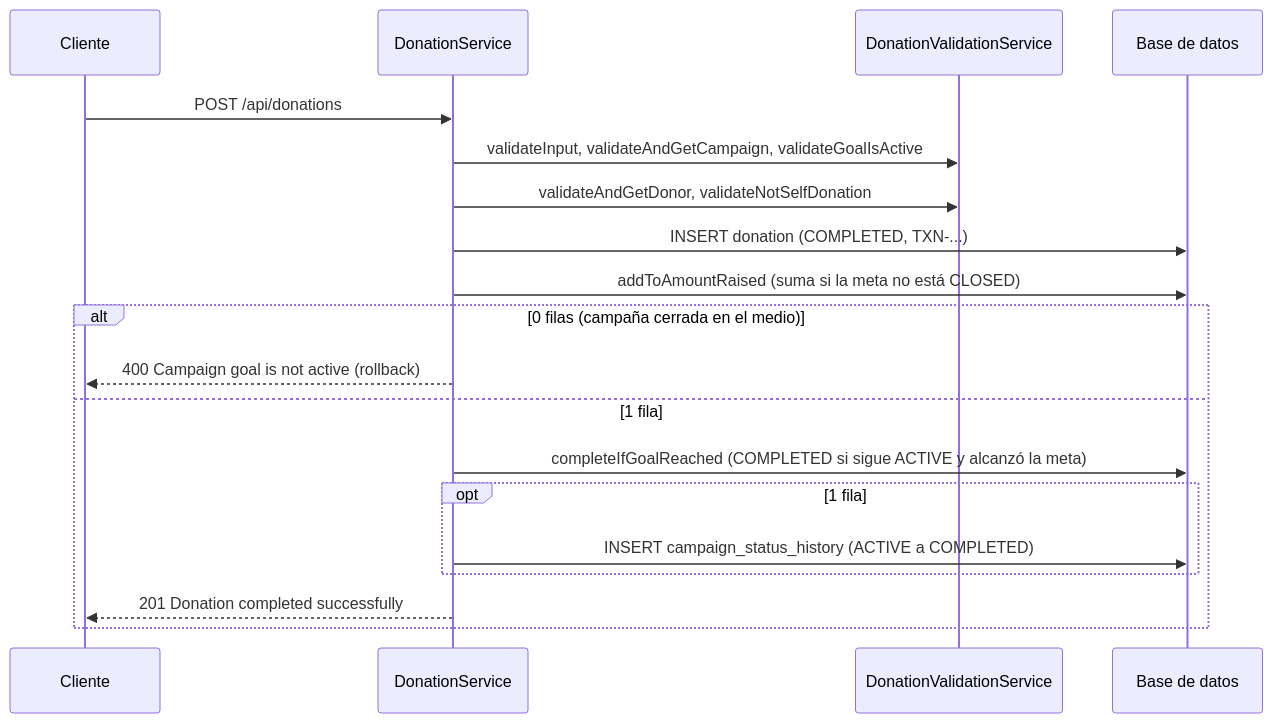
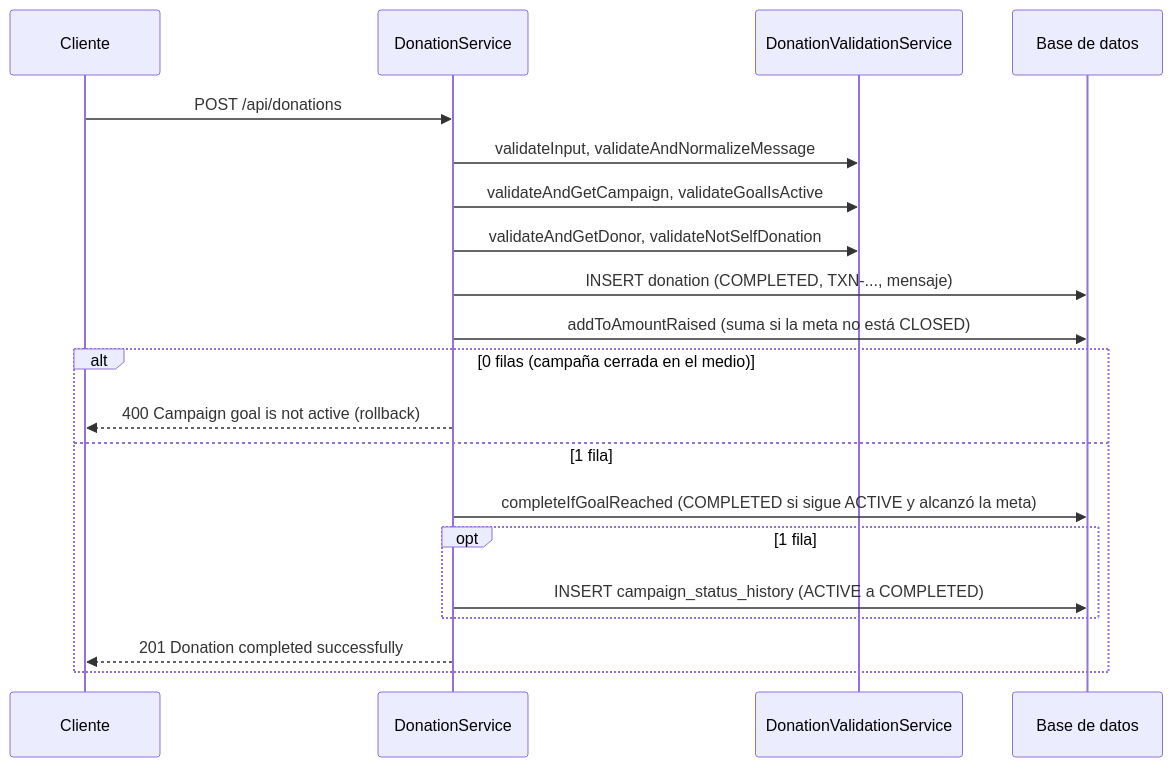
One commit to joseph517/vapati changed the second of 2 diagrams in docs/arquitectura/dominios/donation.md. Above: the diagram before and after it, drawn with Mermaid. The commit also changed other lines of this file and 3 other files, not shown here.

````diff
--- a/docs/arquitectura/dominios/donation.md
+++ b/docs/arquitectura/dominios/donation.md
@@ -93,21 +104,22 @@
 ```mermaid
 sequenceDiagram
     participant C as Cliente
     participant S as DonationService
     participant V as DonationValidationService
     participant DB as Base de datos
     C->>S: POST /api/donations
-    S->>V: validateInput, validateAndGetCampaign, validateGoalIsActive
+    S->>V: validateInput, validateAndNormalizeMessage
+    S->>V: validateAndGetCampaign, validateGoalIsActive
     S->>V: validateAndGetDonor, validateNotSelfDonation
-    S->>DB: INSERT donation (COMPLETED, TXN-...)
+    S->>DB: INSERT donation (COMPLETED, TXN-..., mensaje)
     S->>DB: addToAmountRaised (suma si la meta no está CLOSED)
     alt 0 filas (campaña cerrada en el medio)
         S-->>C: 400 Campaign goal is not active (rollback)
     else 1 fila
         S->>DB: completeIfGoalReached (COMPLETED si sigue ACTIVE y alcanzó la meta)
         opt 1 fila
             S->>DB: INSERT campaign_status_history (ACTIVE a COMPLETED)
         end
         S-->>C: 201 Donation completed successfully
     end
 ```
````
